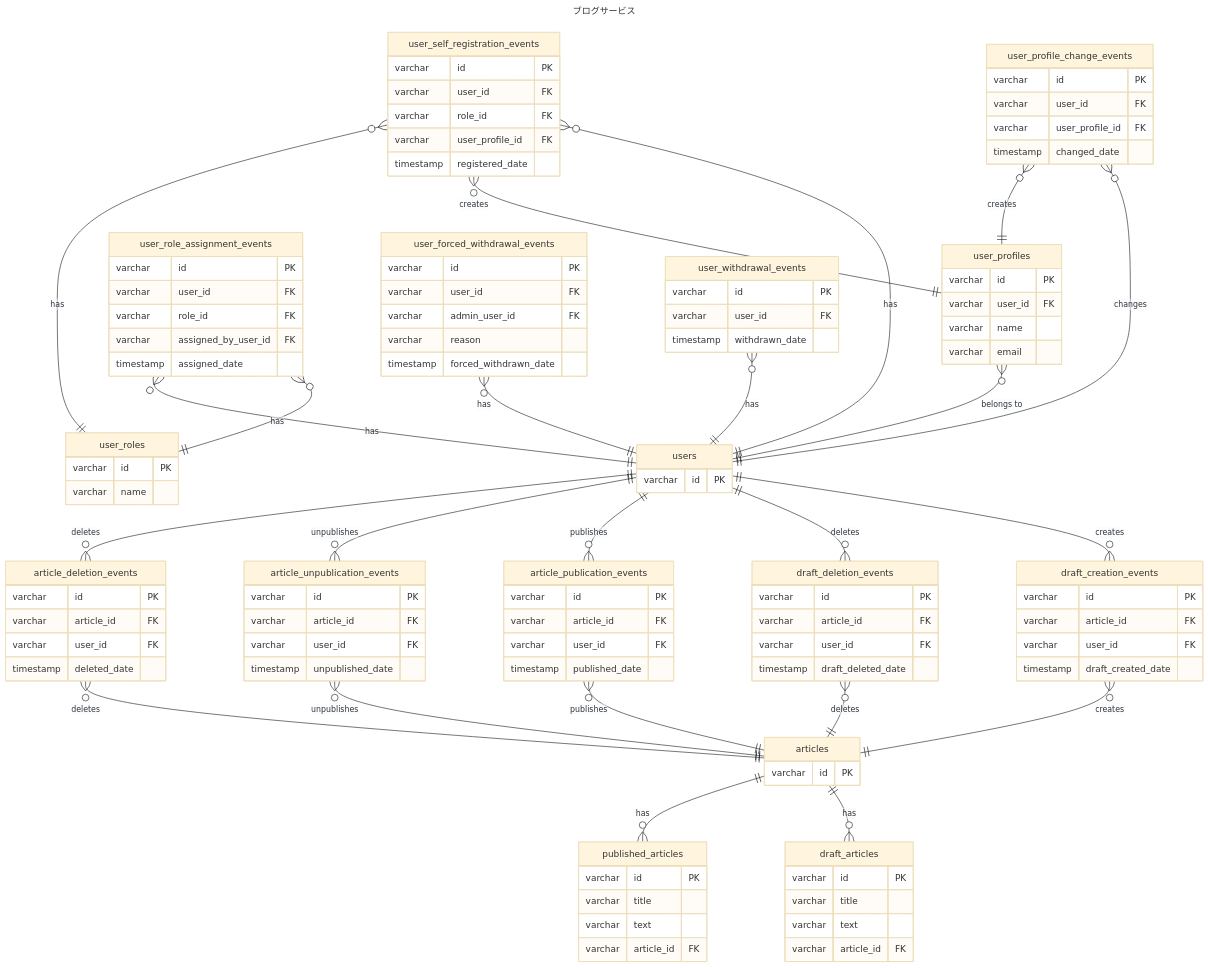
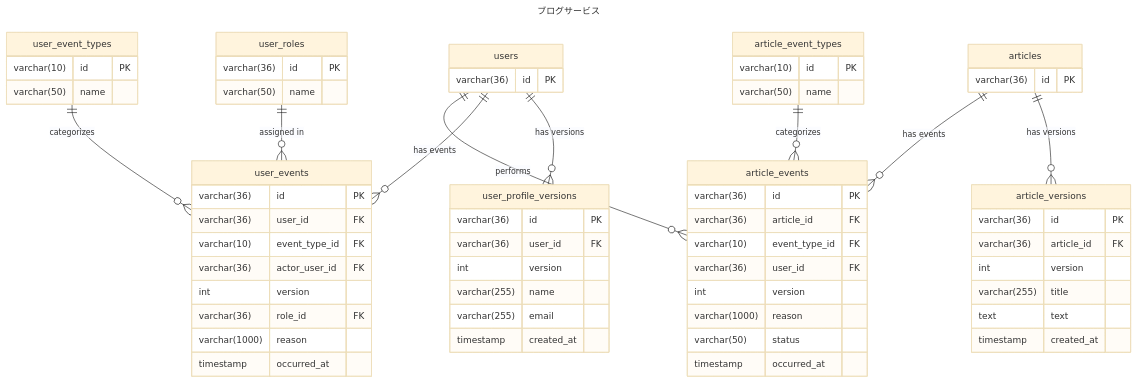
Before and after one commit to ttakuma17/til: the diagram in db/modeling/5/5-1/er.md, drawn with Mermaid (base theme). The commit also changed other lines of this file and 3 other files, not shown here.

````diff
--- a/db/modeling/5/5-1/er.md
+++ b/db/modeling/5/5-1/er.md
@@ -26,150 +27,78 @@
 title: ブログサービス
 ---
 erDiagram
-  %% ユーザー(R)
-  users {
-    varchar id PK
-  }
+    users {
+        varchar(36) id PK
+    }
 
-  %% ユーザー情報(R)
-  user_profiles {
-    varchar id PK
-    varchar user_id FK
-    varchar name
-    varchar email
-  }
+    user_profile_versions {
+        varchar(36) id PK
+        varchar(36) user_id FK
+        int version
+        varchar(255) name
+        varchar(255) email
+        timestamp created_at
+    }
 
-  %% ユーザー情報変更イベント(E)
-  user_profile_change_events {
-    varchar id PK
-    varchar user_id FK
-    varchar user_profile_id FK
-    timestamp changed_date
-  }
+    user_roles {
+        varchar(36) id PK
+        varchar(50) name
+    }
 
-  %% ユーザーロール(R)
-  user_roles {
-    varchar id PK
-    varchar name
-  }
+    user_event_types {
+        varchar(10) id PK
+        varchar(50) name
+    }
 
-  %% セルフサインアップイベント(E)
-  user_self_registration_events {
-    varchar id PK
-    varchar user_id FK
-    varchar role_id FK
-    varchar user_profile_id FK
-    timestamp registered_date
-  }
+    user_events {
+        varchar(36) id PK
+        varchar(36) user_id FK
+        varchar(10) event_type_id FK
+        varchar(36) actor_user_id FK
+        int version
+        varchar(36) role_id FK
+        varchar(1000) reason
+        timestamp occurred_at
+    }
 
-  %% ユーザーロール割り当てイベント(E)
-  user_role_assignment_events {
-    varchar id PK
-    varchar user_id FK
-    varchar role_id FK
-    varchar assigned_by_user_id FK
-    timestamp assigned_date
-  }
-  
-  %% 強制退会イベント(E)
-  user_forced_withdrawal_events {
-    varchar id PK
-    varchar user_id FK
-    varchar admin_user_id FK
-    varchar reason
-    timestamp forced_withdrawn_date
-  }
+    articles {
+        varchar(36) id PK
+    }
 
+    article_versions {
+        varchar(36) id PK
+        varchar(36) article_id FK
+        int version
+        varchar(255) title
+        text text
+        timestamp created_at
+    }
 
-  %% ユーザー退会イベント(E)
-  user_withdrawal_events {
-    varchar id PK
-    varchar user_id FK
-    timestamp withdrawn_date
-  }
+    article_event_types {
+        varchar(10) id PK
+        varchar(50) name
+    }
 
-  
-  %% 記事(R)
-  articles {
-    varchar id PK
-  }
+    article_events {
+        varchar(36) id PK
+        varchar(36) article_id FK
+        varchar(10) event_type_id FK
+        varchar(36) user_id FK
+        int version
+        varchar(1000) reason
+        varchar(50) status
+        timestamp occurred_at
+    }
 
-  %% ドラフト作成(E)
-  draft_creation_events {
-    varchar id PK
-    varchar article_id FK
-    varchar user_id FK
-    timestamp draft_created_date
-  }
+    %% リレーションシップ
+    users ||--o{ user_profile_versions : "has versions"
+    users ||--o{ user_events : "has events"
+    
+    user_roles ||--o{ user_events : "assigned in"
+    user_event_types ||--o{ user_events : "categorizes"
 
-  %% ドラフト削除(E)
-  draft_deletion_events {
-    varchar id PK
-    varchar article_id FK
-    varchar user_id FK
-    timestamp draft_deleted_date
-  }
-
-  %% ドラフト記事(R)
-  draft_articles {
-    varchar id PK
-    varchar title
-    varchar text
-    varchar article_id FK
-  }
-
-  %% 記事公開(E)
-  article_publication_events {
-    varchar id PK
-    varchar article_id FK
-    varchar user_id FK
-    timestamp published_date
-  }
-
-  %% 記事非公開(E)
-  article_unpublication_events {
-    varchar id PK
-    varchar article_id FK
-    varchar user_id FK
-    timestamp unpublished_date
-  }
-  
-  %% 公開記事(R)
-  published_articles {
-    varchar id PK
-    varchar title
-    varchar text
-    varchar article_id FK
-  }
-
-  %% 記事削除(E)
-  article_deletion_events {
-    varchar id PK
-    varchar article_id FK
-    varchar user_id FK
-    timestamp deleted_date
-  }
-
-  user_profiles }o--|| users: "belongs to"
-  user_profile_change_events }o--|| users: "changes"
-  user_profile_change_events }o--|| user_profiles: "creates"
-  user_self_registration_events }o--|| users: "has"
-  user_self_registration_events }o--|| user_profiles: "creates"
-  user_self_registration_events}o--||user_roles: "has"
-  user_role_assignment_events }o--||user_roles: "has"
-  user_withdrawal_events }o--|| users: "has"
-  user_role_assignment_events }o--|| users: "has"
-  user_forced_withdrawal_events }o--|| users: "has"
-  users ||--o{ draft_creation_events: "creates"
-  users ||--o{ draft_deletion_events: "deletes"
-  users ||--o{ article_publication_events: "publishes"
-  users ||--o{ article_unpublication_events: "unpublishes"
-  users ||--o{ article_deletion_events: "deletes"
-  articles ||--o{ draft_articles: "has"
-  articles ||--o{ published_articles: "has"
-  draft_creation_events }o--|| articles: "creates"
-  draft_deletion_events }o--|| articles: "deletes"
-  article_publication_events }o--|| articles: "publishes"
-  article_unpublication_events }o--|| articles: "unpublishes"
-  article_deletion_events }o--|| articles: "deletes"
+    users ||--o{ article_events : "performs"    
+    articles ||--o{ article_versions : "has versions"
+    articles ||--o{ article_events : "has events"
+    article_event_types ||--o{ article_events : "categorizes"
 ```
````
